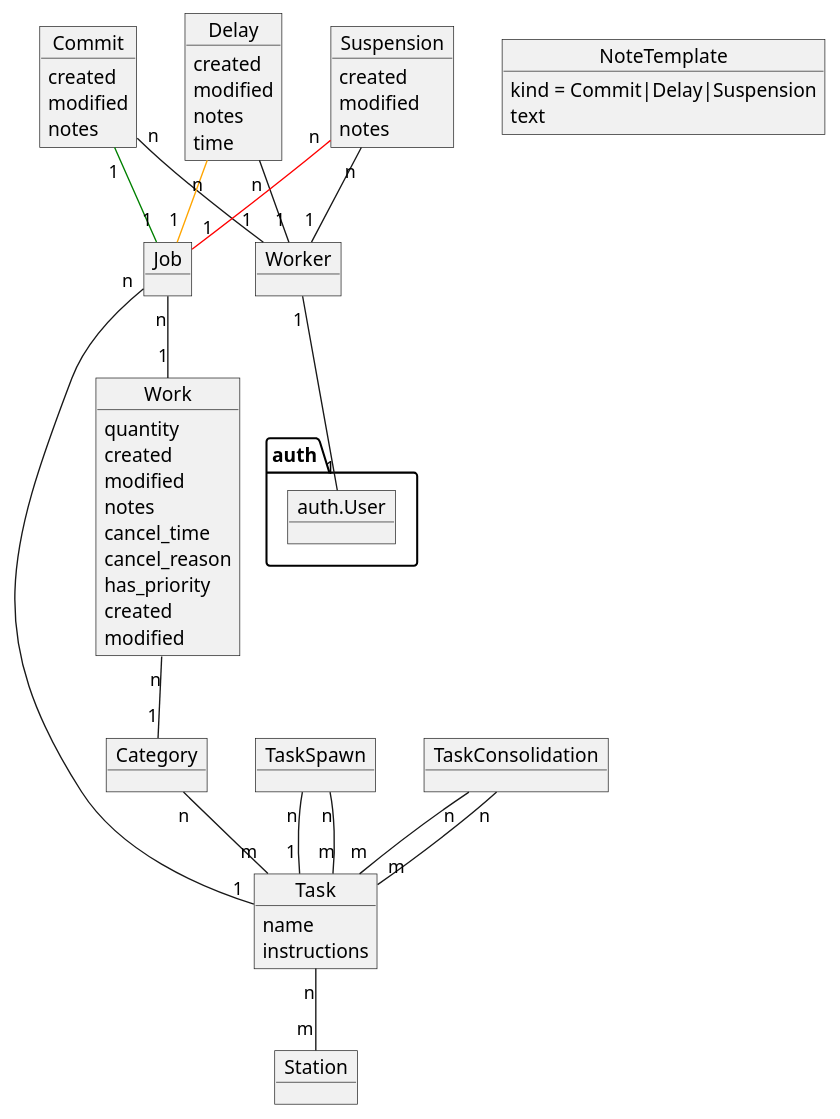
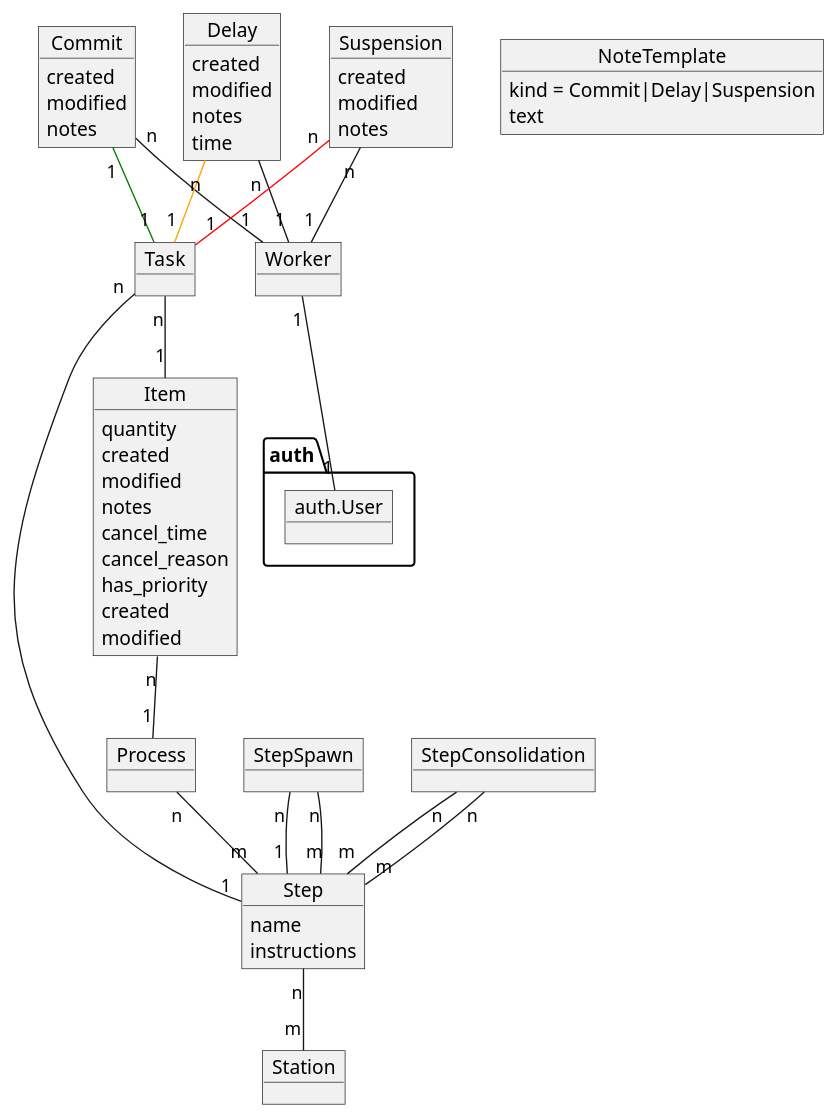
Before and after one commit to iriswm/iris: the diagram in docs/application.plantuml, drawn with PlantUML. The commit also changed 71 other files, not shown here.

```diff
--- a/docs/application.plantuml
+++ b/docs/application.plantuml
@@ -1,175 +1,180 @@
 @startuml
 
 /'
 
-Each time the workshop receives a new order, each item type to be created is
-stored as a `Work` in the Iris site. When more than one item of the same time
-should be created, a desired quantity can be specified.
+When the workshop receives a new order, each item to be created is stored as a
+`Item` in the Iris site. When more than one item of the same time should be
+created, a desired quantity can be specified.
 
-Works track creation and modification times, can have notes and can be
+Items track creation and modification times, can have notes and can be
 canceled.
 
-Works can also have priority over other works.
+Items can also have priority over other items.
 
 '/
 
-object Work
+object Item
 
-Work : quantity
-Work : created
-Work : modified
-Work : notes
-Work : cancel_time
-Work : cancel_reason
-Work : has_priority
+Item : quantity
+Item : created
+Item : modified
+Item : notes
+Item : cancel_time
+Item : cancel_reason
+Item : has_priority
 
 /'
 
-Each work will be part of a `Category`. Categories will map each work to a set
-of tasks (`Task` objects).
+Each item will be handled following a `Process`. Processes will determine the
+set of steps (`Step` objects) needed to complete the item.
 
-Each task has individual `instructions` and a simple `name`.
+Each step has individual `instructions` and a simple `name`.
 
-When a new work is created, the category is checked and an appropriate set of
-jobs are created (`Job` objects). Each of this jobs, when completed, will span
-extra works according to another model called `TaskSpawn`. Also, some tasks
-will be spawned when a set of tasks for the same line are completed (only when
-they are all completed). This tasks depending on sets of tasks are kept in the
-model `TaskConsolidation`.
+When a new item is created, the process is checked and an appropriate set of
+tasks are created (`Task` objects) according to the process initial steps. Each
+of this tasks, when completed, will span extra tasks according to another model
+called `StepSpawn`. Also, some tasks will be spawned when a set of tasks for
+the same item are completed (only when they are all completed). This steps
+depending on sets of steps are kept in the model `StepConsolidation`.
 
 '/
 
-object Category
+object Process
 
-Work "n" -- "1" Category
+Item "n" -- "1" Process
+
+object Step
+
+Process "n" -- "m" Step
+
+Step : name
+Step : instructions
 
 object Task
 
-Category "n" -- "m" Task
+Task "n" -- "1" Step
+Task "n" -- "1" Item
 
-Task : name
-Task : instructions
+object StepSpawn
+object StepConsolidation
 
-object Job
-
-Job "n" -- "1" Task
-Job "n" -- "1" Work
-
-object TaskSpawn
-object TaskConsolidation
-
-TaskSpawn "n" -- "1" Task
-TaskSpawn "n" -- "m" Task
-TaskConsolidation "n" -- "m" Task
-TaskConsolidation "n" -- "m" Task
+StepSpawn "n" -- "1" Step
+StepSpawn "n" -- "m" Step
+StepConsolidation "n" -- "m" Step
+StepConsolidation "n" -- "m" Step
 
 /'
 
-The items in the models `Task`, `Category`, `TaskSpawn` and `TaskConsolidation`
-represent trees of works needed to consider an order fulfilled.
+The 'steps' in the models `Step`, `Process`, `StepSpawn` and
+`StepConsolidation` represent trees of tasks needed to consider an order
+fulfilled.
 
-The works can be completed by any worker, identified in the model `Worker` and
-connected to an Django `User`. The works are marked as completed creating a new
-item in another model called `Commit`.
+The tasks can be completed by any worker, identified in the model `Worker` and
+connected to an Django `User`. The tasks are marked as completed creating a new
+entry in another model called `Commit`.
+
+Is at this moment when the step tress will be checked to create the new tasks
+if apply.
 
 '/
 
 object Worker
 object auth.User
 
 Worker "1" -- "1" auth.User
 
 object Commit
 
-Commit "1" -[#green]- "1" Job
+Commit "1" -[#green]- "1" Task
 Commit "n" -- "1" Worker
 
 /'
 
-The items in `Work` and `Commit` are timestamped to keep track of the amount of
+The items in `Item` and `Commit` are timestamped to keep track of the amount of
 time needed by each item in an Order and offer proper estimations and reports.
 The commits also have `notes`.
 
 '/
 
-Work : created
-Work : modified
+Item : created
+Item : modified
 Commit : created
 Commit : modified
 Commit : notes
 
 /'
 
 The main purpose of the Iris site is to keep a list of station profiles in a
 `Station` model and offer a detail page for each station when the workers in
-the station can see the tasks pending work and the information needed for each
-task. The secondary purpose is to help with the estimation of order completion
-times and the tertiary purpose is to offer insights into work efficiency and
+the station can see the steps pending item and the information needed for each
+step. The secondary purpose is to help with the estimation of order completion
+times and the tertiary purpose is to offer insights into item efficiency and
 performance.
 
 '/
 
 object Station
 
-Task "n" -- "m" Station
+Step "n" -- "m" Station
 
 /'
 
 The interface will be keep as simple as possible and will have utilities to
 ease the interaction using touch screens. A simple way to switch between
 workers profiles or an alternative should be provided. Also, a system for
 adding common notes using a few touches may be helpful.
 
 '/
 
 object NoteTemplate
 NoteTemplate : kind = Commit|Delay|Suspension
 NoteTemplate : text
 
 /'
 
-Abnormal workflows in works will be handled using extra models:
+When a issue happens while working on an task, other models will be used to
+keep track of them:
 
 '/
 
 /'
 
-- The `Delay` model, with a specific time specified to hide the work in the
+- The `Delay` model, with a specific time specified to hide the item in the
   station during that time and a note.
 
 '/
 
 object Delay
 
-Delay "n" -[#orange]- "1" Job
+Delay "n" -[#orange]- "1" Task
 Delay "n" -- "1" Worker
 
 Delay : created
 Delay : modified
 Delay : notes
 Delay : time
 
 /'
 
-- The `Suspension` model, for halts in works without time estimations, also
+- The `Suspension` model, for halts in items without time estimations, also
   with a note.
 
 '/
 
 object Suspension
 
-Suspension "n" -[#red]- "1" Job
+Suspension "n" -[#red]- "1" Task
 Suspension "n" -- "1" Worker
 
 Suspension : created
 Suspension : modified
 Suspension : notes
 
 /'
 
-A system of alerts to handle delays or suspensions is also considerably useful
-to have, but in the meantime, an screen to show them should be enough.
+A system of notifications to handle delays or suspensions is also considerably
+useful to have, but in the meantime, an screen to show them should be enough.
 
 '/
 
 @enduml
```
